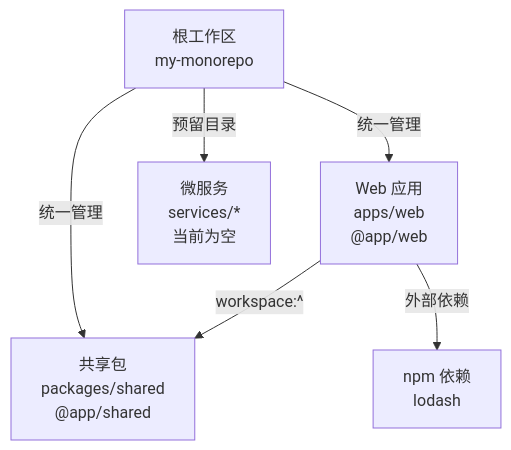
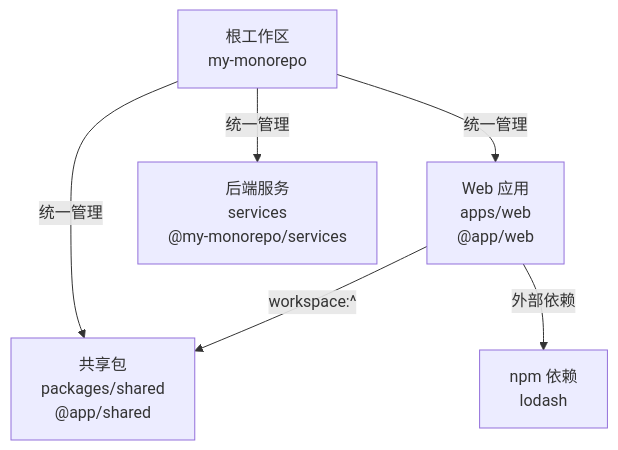
The diagram in PROJECT_STRUCTURE.md (sincejuly2222/my_monorepo), drawn with Mermaid before and after one commit. The commit also changed other lines of this file and 59 other files, not shown here.

````diff
--- a/PROJECT_STRUCTURE.md
+++ b/PROJECT_STRUCTURE.md
@@ -25,14 +25,14 @@
 ```mermaid
 flowchart TB
     Root["根工作区<br/>my-monorepo"]
     Web["Web 应用<br/>apps/web<br/>@app/web"]
     Shared["共享包<br/>packages/shared<br/>@app/shared"]
-    Services["微服务<br/>services/*<br/>当前为空"]
+    Services["后端服务<br/>services<br/>@my-monorepo/services"]
     Registry["npm 依赖<br/>lodash"]
 
     Root -->|统一管理| Web
     Root -->|统一管理| Shared
-    Root -->|预留目录| Services
+    Root -->|统一管理| Services
     Web -->|workspace:^| Shared
     Web -->|外部依赖| Registry
 ```
````
